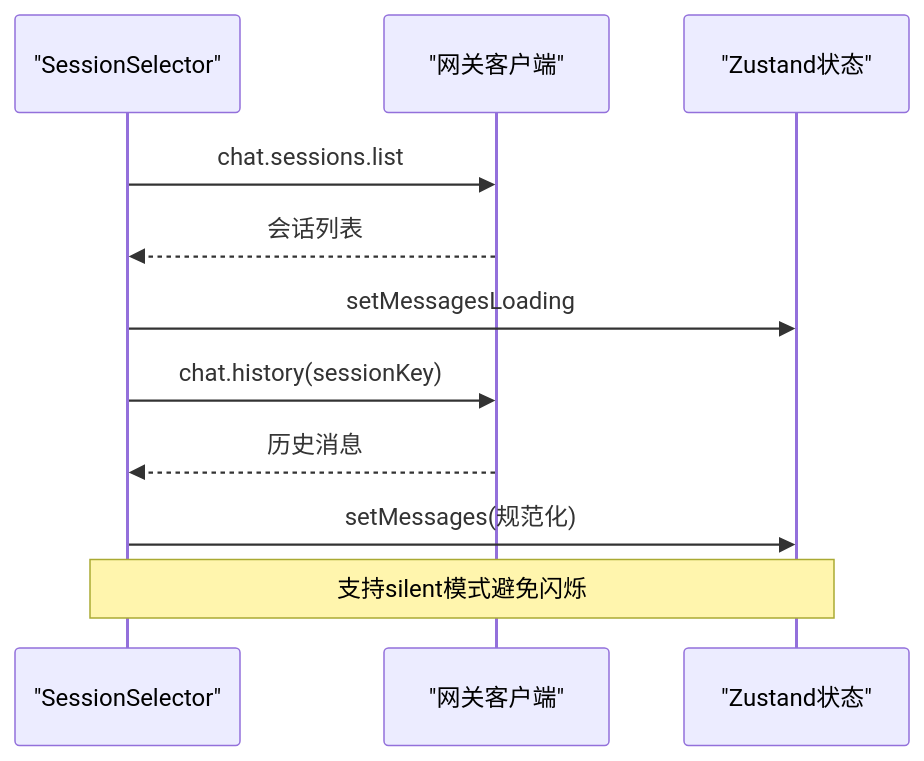
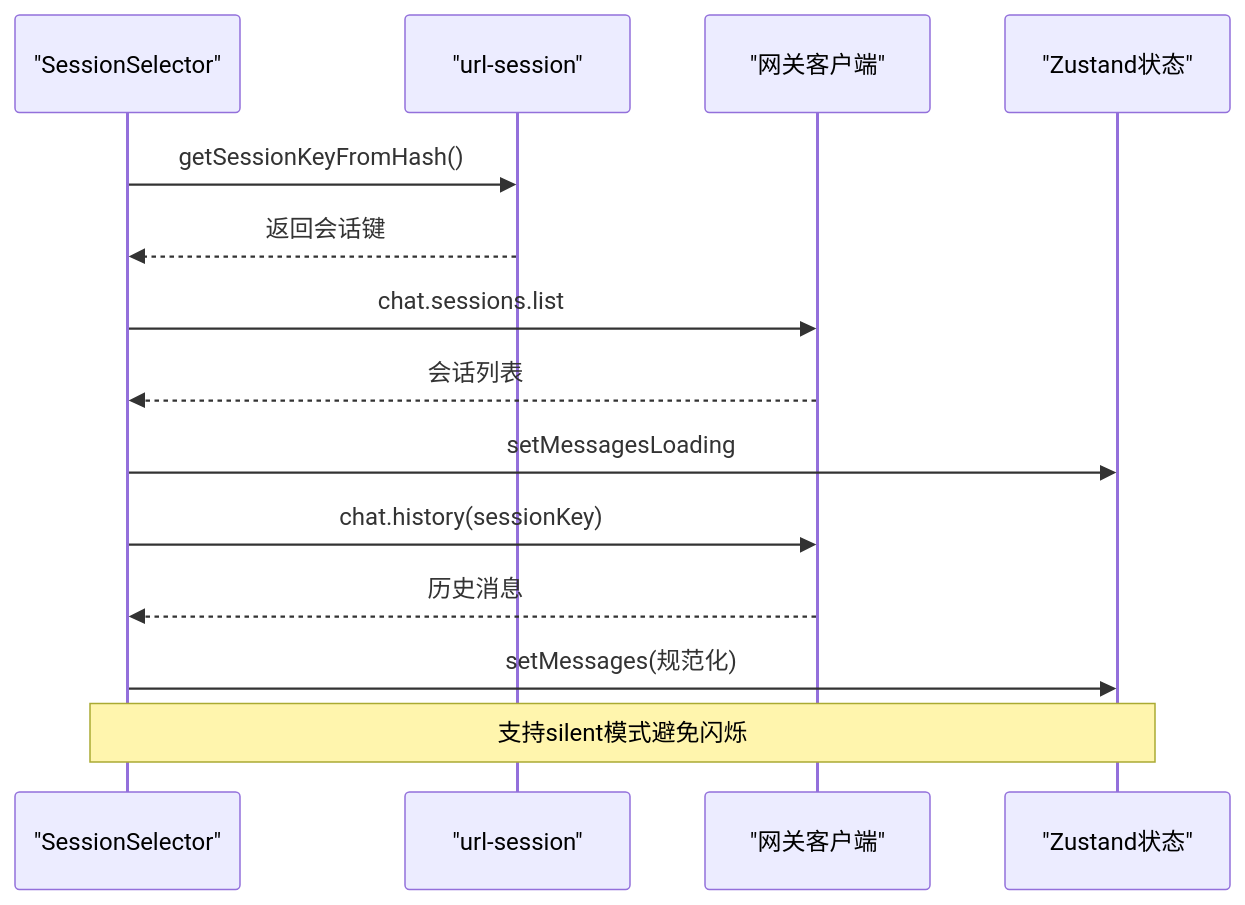
Before and after one commit to verse-ai-org/openclaw: diagram 19 of 22 in .qoder/repowiki/zh/content/Web界面/WebChat界面/WebChat界面.md, drawn with Mermaid. The commit also changed other lines of this file and 95 other files, not shown here.

````diff
--- a/.qoder/repowiki/zh/content/Web界面/WebChat界面/WebChat界面.md
+++ b/.qoder/repowiki/zh/content/Web界面/WebChat界面/WebChat界面.md
@@ -825,13 +876,16 @@
 ```mermaid
 sequenceDiagram
 participant UI as "SessionSelector"
+participant URLSession as "url-session"
 participant Client as "网关客户端"
 participant Store as "Zustand状态"
+UI->>URLSession : getSessionKeyFromHash()
+URLSession-->>UI : 返回会话键
 UI->>Client : chat.sessions.list
 Client-->>UI : 会话列表
 UI->>Store : setMessagesLoading
 UI->>Client : chat.history(sessionKey)
 Client-->>UI : 历史消息
 UI->>Store : setMessages(规范化)
 Note over UI,Store : 支持silent模式避免闪烁
 ```
````
